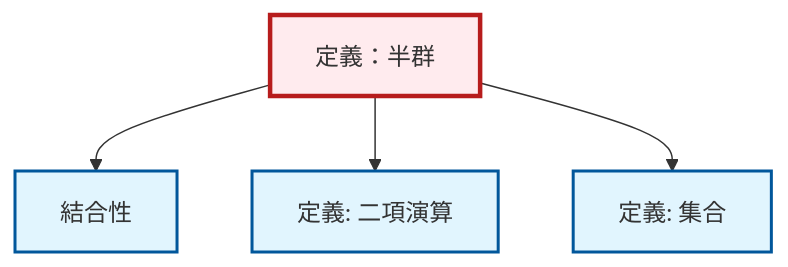
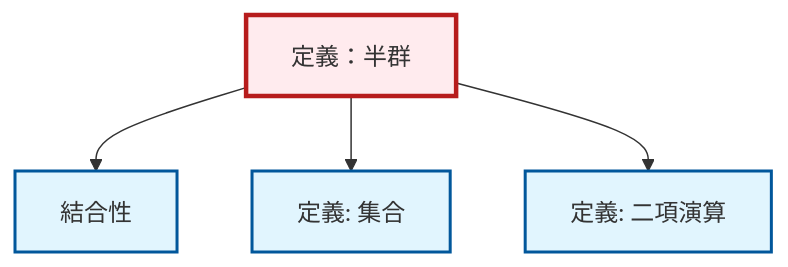
One commit to RK0429/ModernMath changed the diagram in content/ja/algebra/def-semigroup.qmd. Above: the diagram before and after it, drawn with Mermaid. The commit also changed other lines of this file and 1012 other files, not shown here.

````diff
--- a/content/ja/algebra/def-semigroup.qmd
+++ b/content/ja/algebra/def-semigroup.qmd
@@ -103,20 +103,20 @@
 ```{mermaid}
 %%| fig-cap: "Local dependency graph"
 graph TD
     classDef definition fill:#e1f5fe,stroke:#01579b,stroke-width:2px
     classDef theorem fill:#f3e5f5,stroke:#4a148c,stroke-width:2px
     classDef axiom fill:#fff3e0,stroke:#e65100,stroke-width:2px
     classDef example fill:#e8f5e9,stroke:#1b5e20,stroke-width:2px
     classDef current fill:#ffebee,stroke:#b71c1c,stroke-width:3px
+    def-binary-operation["定義: 二項演算"]:::definition
     def-semigroup["定義：半群"]:::definition
     def-associativity["結合性"]:::definition
-    def-binary-operation["定義: 二項演算"]:::definition
     def-set["定義: 集合"]:::definition
     def-semigroup --> def-associativity
+    def-semigroup --> def-set
     def-semigroup --> def-binary-operation
-    def-semigroup --> def-set
     class def-semigroup current
+    click def-binary-operation "def-binary-operation.html" "二項演算の定義へ"
     click def-associativity "def-associativity.html" "結合性へ"
-    click def-binary-operation "def-binary-operation.html" "二項演算の定義へ"
     click def-set "def-set.html" "集合の定義へ"
 ```
````
